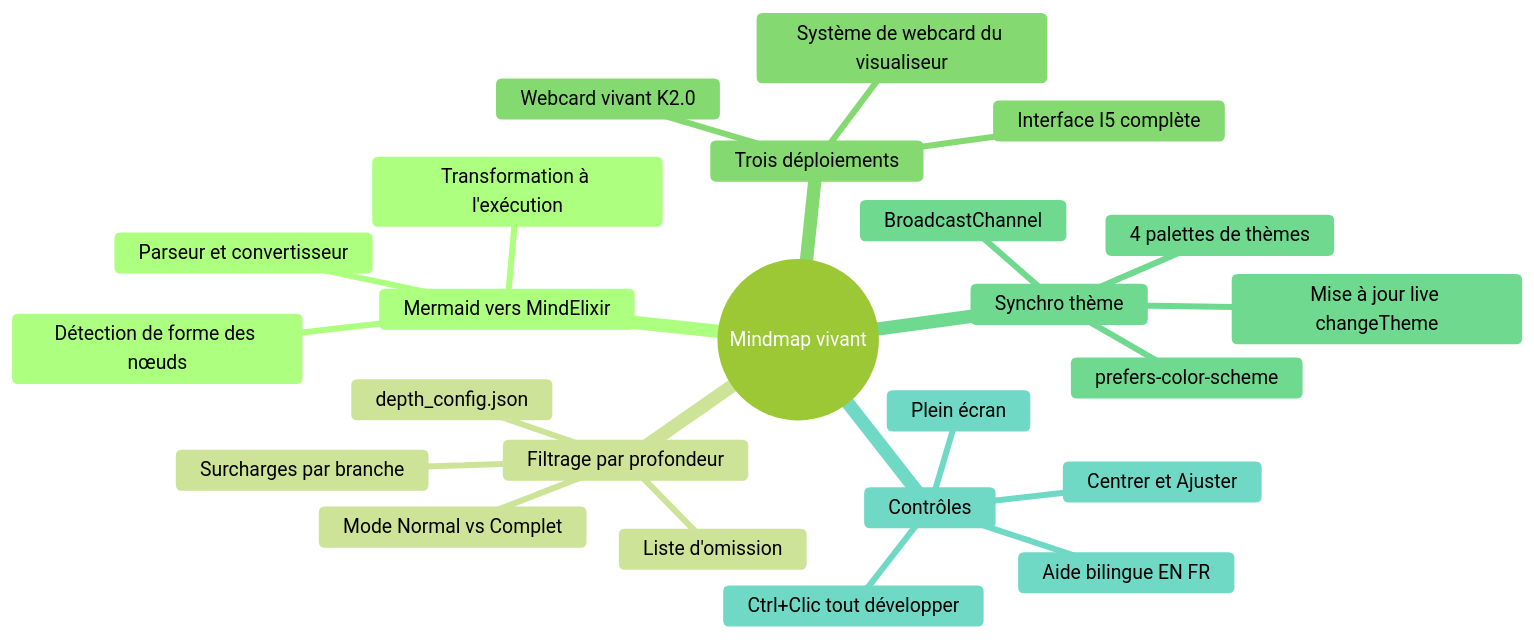
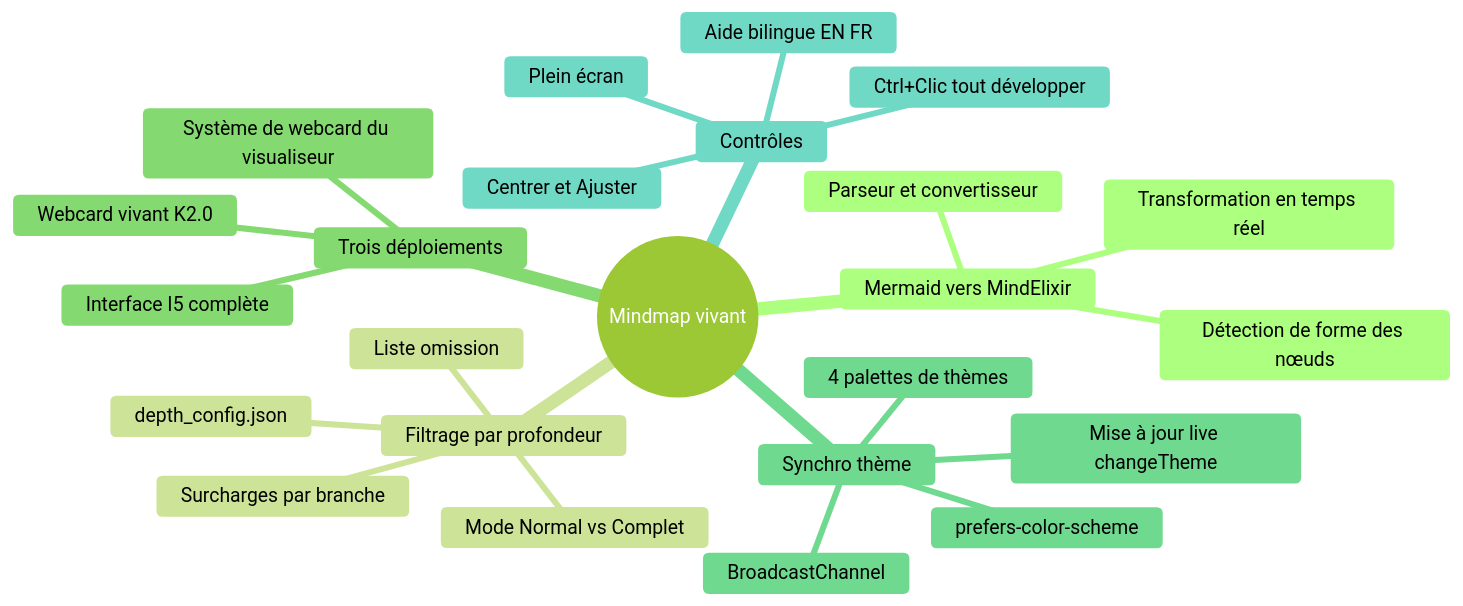
Before and after one commit to packetqc/K_DOCS: the diagram in docs/fr/publications/live-mindmap/full/index.md, drawn with Mermaid (forest theme). The commit also changed 5 other files, not shown here.

Commit message:
docs: main-interface full v2 + live-mindmap + interactive-work-sessions updates

````diff
--- a/docs/fr/publications/live-mindmap/full/index.md
+++ b/docs/fr/publications/live-mindmap/full/index.md
@@ -36,27 +36,27 @@
 ```mermaid
 mindmap
   root((Mindmap vivant))
     Mermaid vers MindElixir
       Parseur et convertisseur
-      Transformation à l'exécution
+      Transformation en temps réel
       Détection de forme des nœuds
     Filtrage par profondeur
       depth_config.json
       Mode Normal vs Complet
       Surcharges par branche
-      Liste d'omission
+      Liste omission
     Trois déploiements
       Interface I5 complète
       Webcard vivant K2.0
       Système de webcard du visualiseur
     Synchro thème
       4 palettes de thèmes
       Mise à jour live changeTheme
       BroadcastChannel
       prefers-color-scheme
     Contrôles
       Centrer et Ajuster
       Plein écran
       Ctrl+Clic tout développer
       Aide bilingue EN FR
 ```
````
